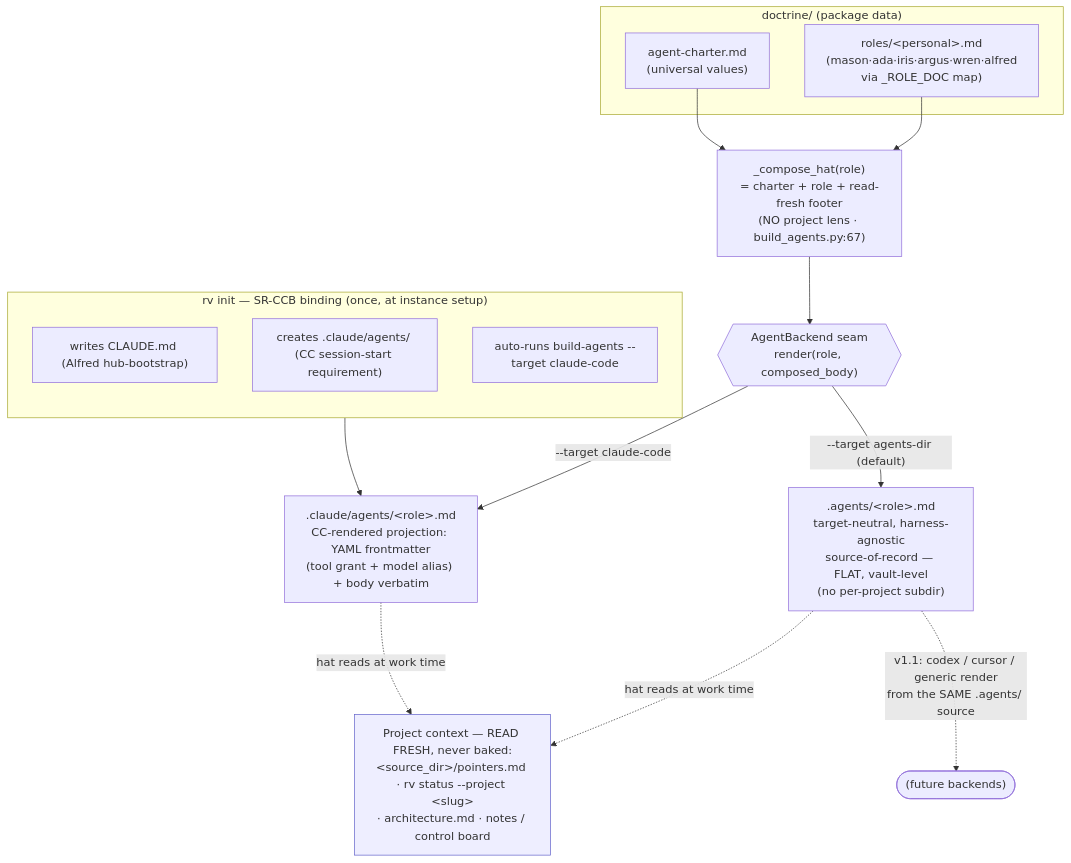
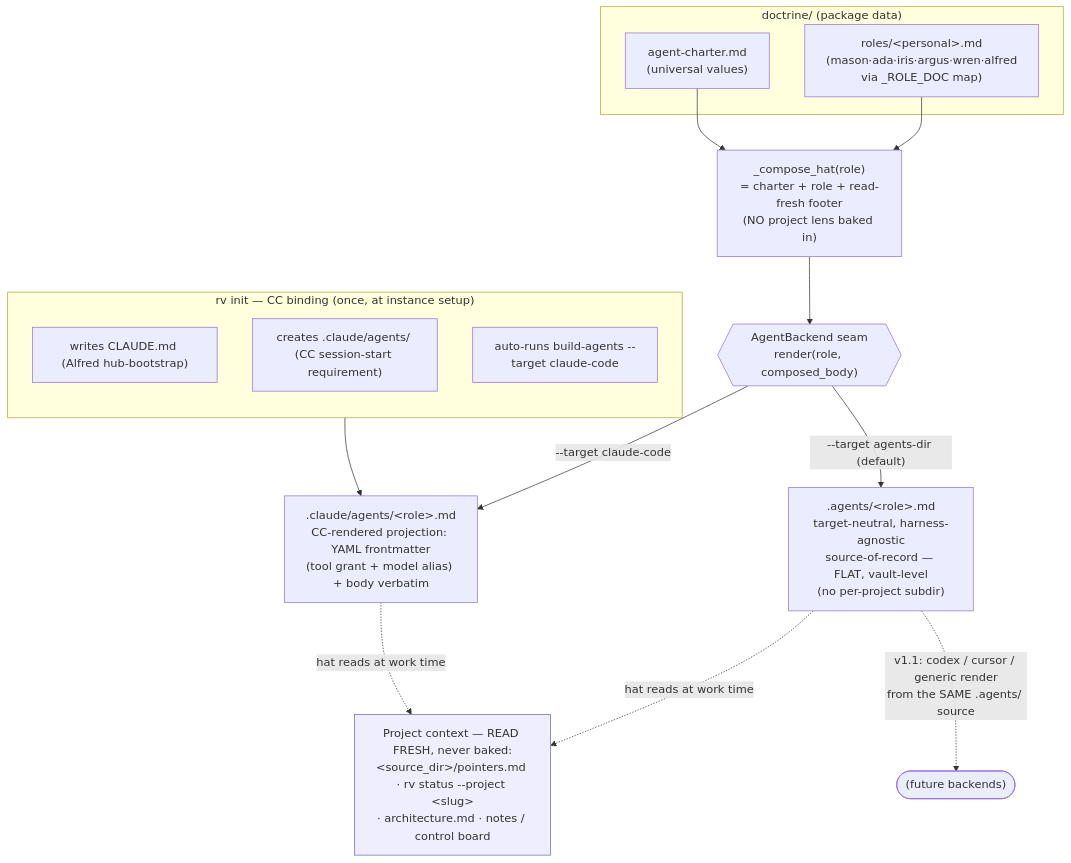
The fifth of 5 diagrams in architecture.md (phoongkhangzhie/research-vault), drawn with Mermaid before and after one commit. The commit also changed other lines of this file, not shown here.

First line of the commit message:
docs: strip build-history noise from architecture.md for adopters

````diff
--- a/architecture.md
+++ b/architecture.md
@@ -258,28 +224,28 @@
 ```mermaid
 flowchart TB
     subgraph DOC["doctrine/ (package data)"]
       CH["agent-charter.md<br/>(universal values)"]
       RD["roles/&lt;personal&gt;.md<br/>(mason·ada·iris·argus·wren·alfred<br/>via _ROLE_DOC map)"]
     end
-    COMP["_compose_hat(role)<br/>= charter + role + read-fresh footer<br/>(NO project lens · build_agents.py:67)"]
+    COMP["_compose_hat(role)<br/>= charter + role + read-fresh footer<br/>(NO project lens baked in)"]
     CH --> COMP
     RD --> COMP
     COMP --> BE{{"AgentBackend seam<br/>render(role, composed_body)"}}
     BE -->|"--target agents-dir (default)"| ADS[".agents/&lt;role&gt;.md<br/>target-neutral, harness-agnostic<br/>source-of-record — FLAT, vault-level<br/>(no per-project subdir)"]
     BE -->|"--target claude-code"| CCB[".claude/agents/&lt;role&gt;.md<br/>CC-rendered projection: YAML frontmatter<br/>(tool grant + model alias) + body verbatim"]
     ADS -. "v1.1: codex / cursor / generic render<br/>from the SAME .agents/ source" .-> FUT(["(future backends)"])
 
-    subgraph INIT["rv init — SR-CCB binding (once, at instance setup)"]
+    subgraph INIT["rv init — CC binding (once, at instance setup)"]
       direction TB
       I1["writes CLAUDE.md (Alfred hub-bootstrap)"]
       I2["creates .claude/agents/ (CC session-start requirement)"]
       I3["auto-runs build-agents --target claude-code"]
     end
     I3 --> CCB
 
     PCTX["Project context — READ FRESH, never baked:<br/>&lt;source_dir&gt;/pointers.md · rv status --project &lt;slug&gt;<br/>· architecture.md · notes / control board"]:::fresh
     CCB -. "hat reads at work time" .-> PCTX
     ADS -. "hat reads at work time" .-> PCTX
 
     classDef fresh fill:#eef,stroke:#66c;
 ```
````
